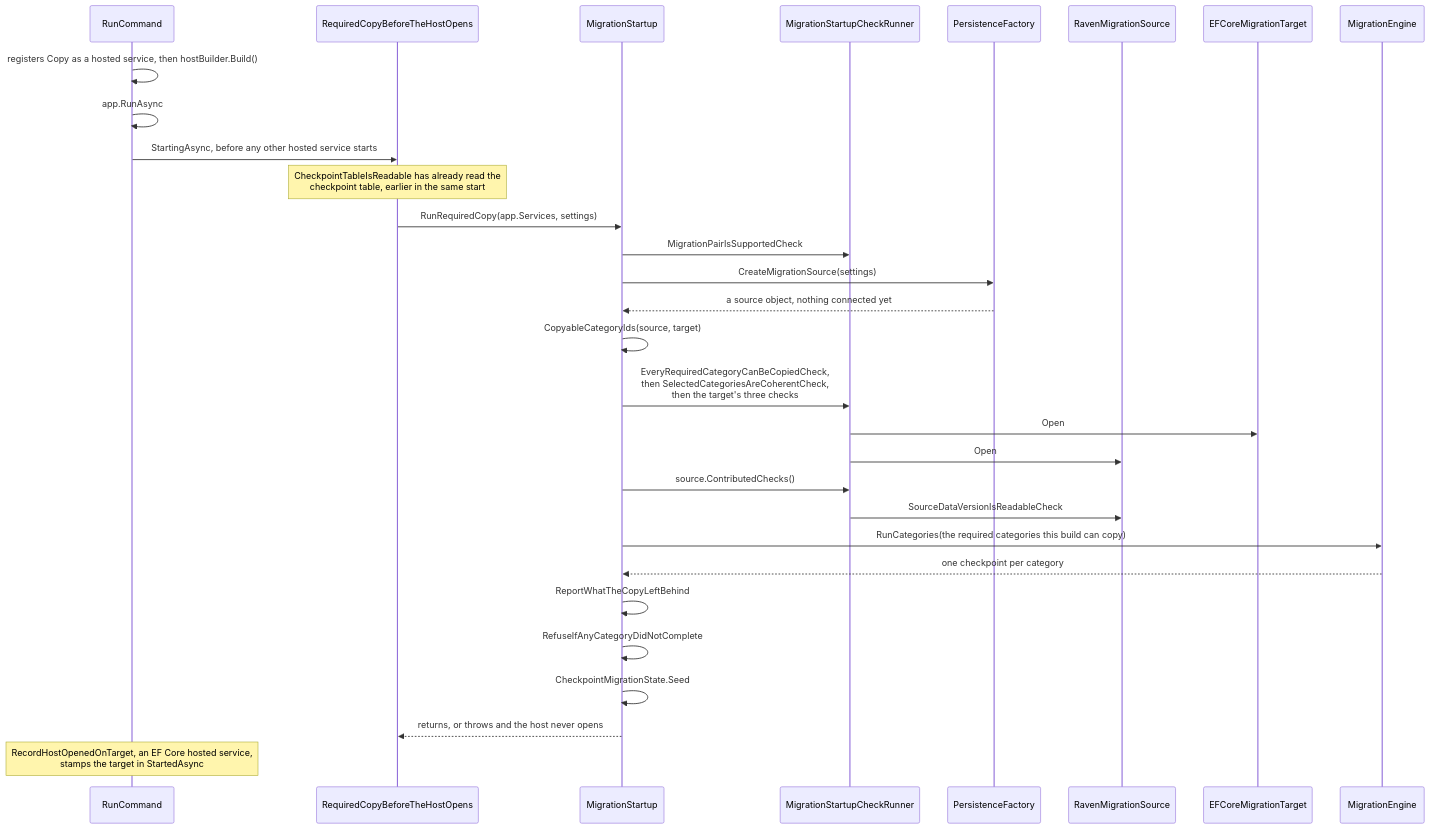
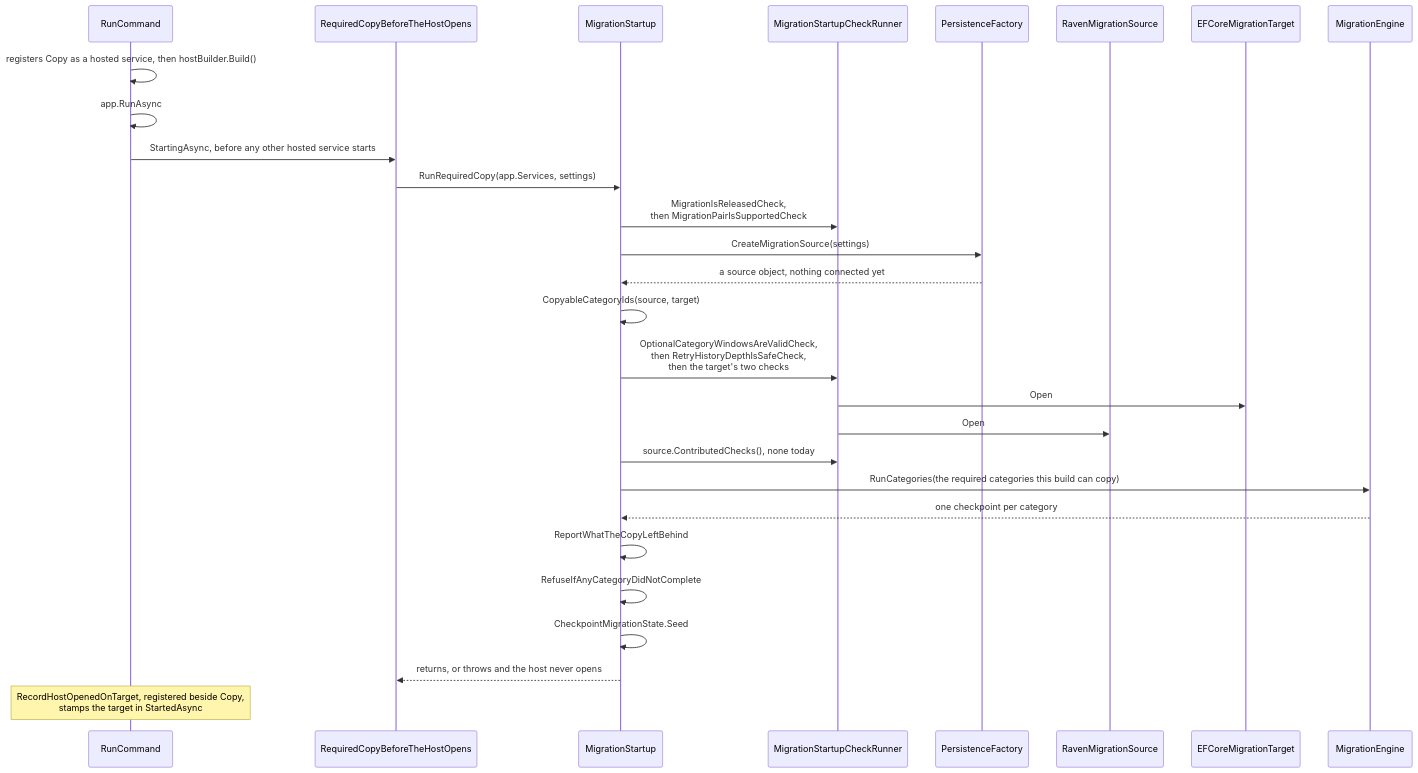
Before and after one commit to Particular/ServiceControl: the diagram in docs/migration/ravendb-to-sql-migration-system-design.md, drawn with Mermaid. The commit also changed other lines of this file and 58 other files, not shown here.

Commit message:
Refactor migration checks and improve error handling

````diff
--- a/docs/migration/ravendb-to-sql-migration-system-design.md
+++ b/docs/migration/ravendb-to-sql-migration-system-design.md
@@ -38,33 +35,31 @@
 ```mermaid
 sequenceDiagram
     participant Run as RunCommand
     participant Copy as RequiredCopyBeforeTheHostOpens
     participant Start as MigrationStartup
     participant Checks as MigrationStartupCheckRunner
     participant Factory as PersistenceFactory
     participant Source as RavenMigrationSource
     participant Target as EFCoreMigrationTarget
     participant Engine as MigrationEngine
 
     Run->>Run: registers Copy as a hosted service, then hostBuilder.Build()
     Run->>Run: app.RunAsync
     Run->>Copy: StartingAsync, before any other hosted service starts
-    Note over Copy: CheckpointTableIsReadable has already read the<br/>checkpoint table, earlier in the same start
     Copy->>Start: RunRequiredCopy(app.Services, settings)
-    Start->>Checks: MigrationPairIsSupportedCheck
+    Start->>Checks: MigrationIsReleasedCheck,<br/>then MigrationPairIsSupportedCheck
     Start->>Factory: CreateMigrationSource(settings)
     Factory-->>Start: a source object, nothing connected yet
     Start->>Start: CopyableCategoryIds(source, target)
-    Start->>Checks: EveryRequiredCategoryCanBeCopiedCheck,<br/>then SelectedCategoriesAreCoherentCheck,<br/>then the target's three checks
+    Start->>Checks: OptionalCategoryWindowsAreValidCheck,<br/>then RetryHistoryDepthIsSafeCheck,<br/>then the target's two checks
     Checks->>Target: Open
     Checks->>Source: Open
-    Start->>Checks: source.ContributedChecks()
-    Checks->>Source: SourceDataVersionIsReadableCheck
+    Start->>Checks: source.ContributedChecks(), none today
     Start->>Engine: RunCategories(the required categories this build can copy)
     Engine-->>Start: one checkpoint per category
     Start->>Start: ReportWhatTheCopyLeftBehind
     Start->>Start: RefuseIfAnyCategoryDidNotComplete
     Start->>Start: CheckpointMigrationState.Seed
     Start-->>Copy: returns, or throws and the host never opens
-    Note over Run: RecordHostOpenedOnTarget, an EF Core hosted service,<br/>stamps the target in StartedAsync
+    Note over Run: RecordHostOpenedOnTarget, registered beside Copy,<br/>stamps the target in StartedAsync
 ```
````
